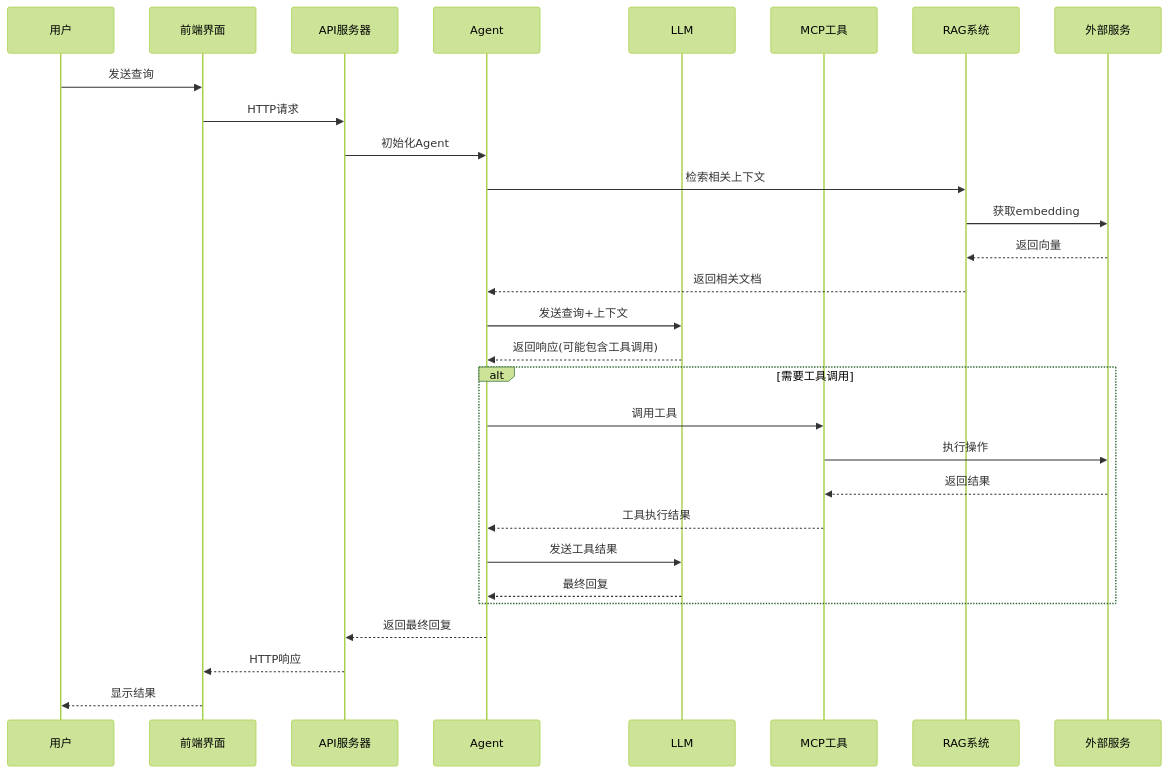
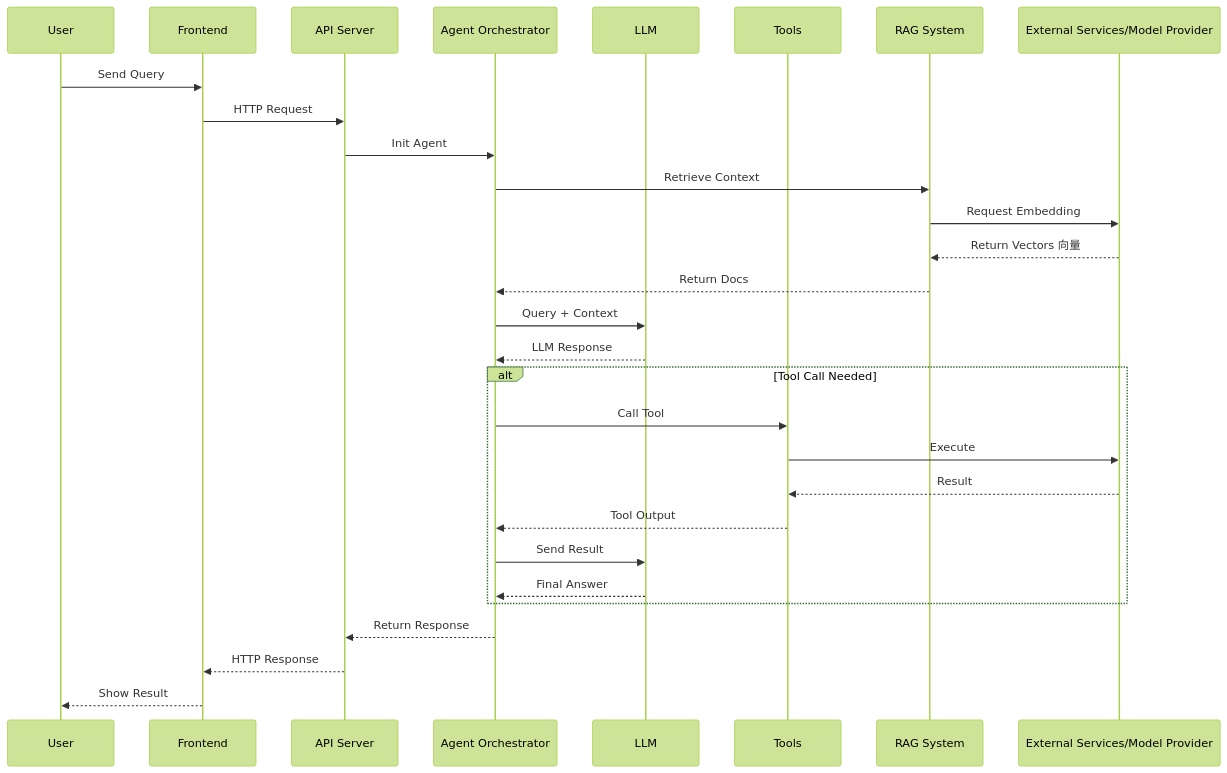
One commit to NEDONION/llm-mcp-rag-typescript changed the fifth of 5 diagrams in architecture-diagram.md. Above: the diagram before and after it, drawn with Mermaid (forest theme). The commit also changed other lines of this file and 1 other file, not shown here.

````diff
--- a/architecture-diagram.md
+++ b/architecture-diagram.md
@@ -237,35 +232,36 @@
 ```mermaid
 sequenceDiagram
-    participant User as 用户
-    participant UI as 前端界面
-    participant API as API服务器
-    participant Agent as Agent
+    participant User as User
+    participant UI as Frontend
+    participant API as API Server
+    participant Agent as Agent Orchestrator
     participant LLM as LLM
-    participant MCP as MCP工具
-    participant RAG as RAG系统
-    participant External as 外部服务
+    participant MCP as Tools
+    participant RAG as RAG System
+    participant External as External Services/Model Provider
     
-    User->>UI: 发送查询
-    UI->>API: HTTP请求
-    API->>Agent: 初始化Agent
-    Agent->>RAG: 检索相关上下文
-    RAG->>External: 获取embedding
-    External-->>RAG: 返回向量
-    RAG-->>Agent: 返回相关文档
+    User->>UI: Send Query
+    UI->>API: HTTP Request
+    API->>Agent: Init Agent
+    Agent->>RAG: Retrieve Context
+    RAG->>External: Request Embedding
+    External-->>RAG: Return Vectors 向量
+    RAG-->>Agent: Return Docs
     
-    Agent->>LLM: 发送查询+上下文
-    LLM-->>Agent: 返回响应(可能包含工具调用)
+    Agent->>LLM: Query + Context
+    LLM-->>Agent: LLM Response
     
-    alt 需要工具调用
-        Agent->>MCP: 调用工具
-        MCP->>External: 执行操作
-        External-->>MCP: 返回结果
-        MCP-->>Agent: 工具执行结果
-        Agent->>LLM: 发送工具结果
-        LLM-->>Agent: 最终回复
+    alt Tool Call Needed
+        Agent->>MCP: Call Tool
+        MCP->>External: Execute
+        External-->>MCP: Result
+        MCP-->>Agent: Tool Output
+        Agent->>LLM: Send Result
+        LLM-->>Agent: Final Answer
     end
     
-    Agent-->>API: 返回最终回复
-    API-->>UI: HTTP响应
-    UI-->>User: 显示结果
+    Agent-->>API: Return Response
+    API-->>UI: HTTP Response
+    UI-->>User: Show Result
+
 ```
````
